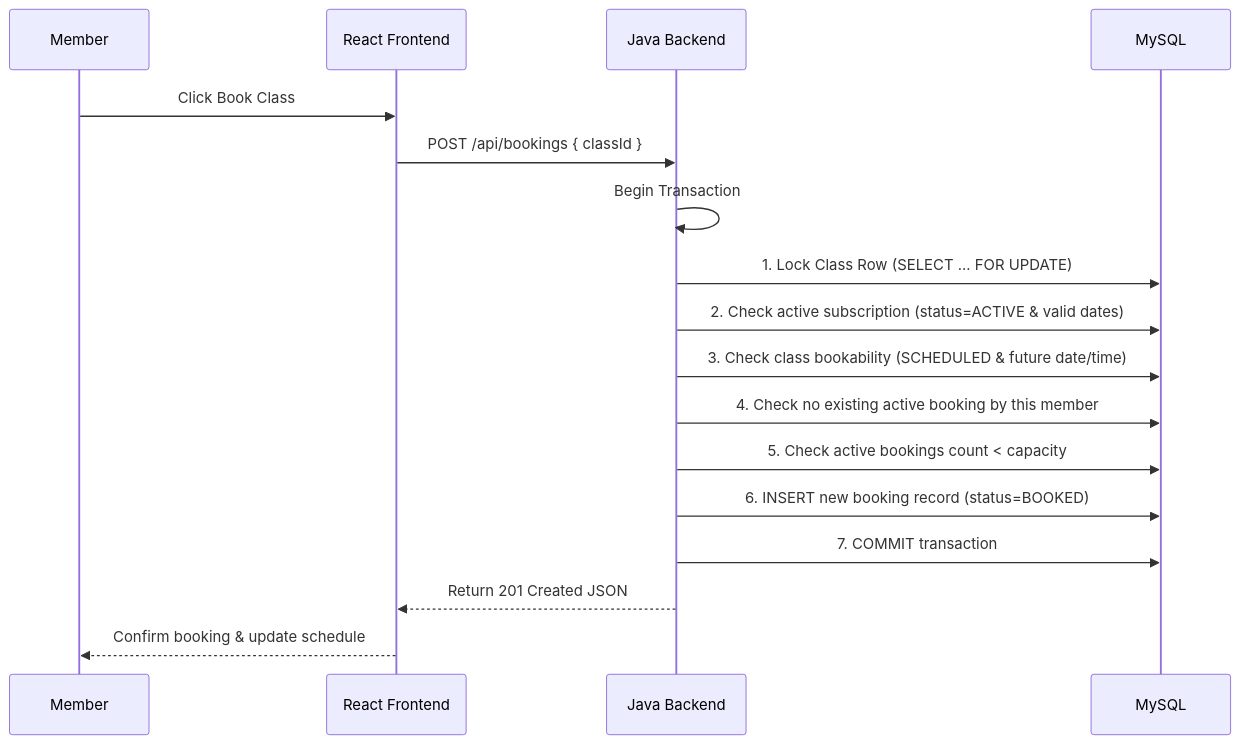
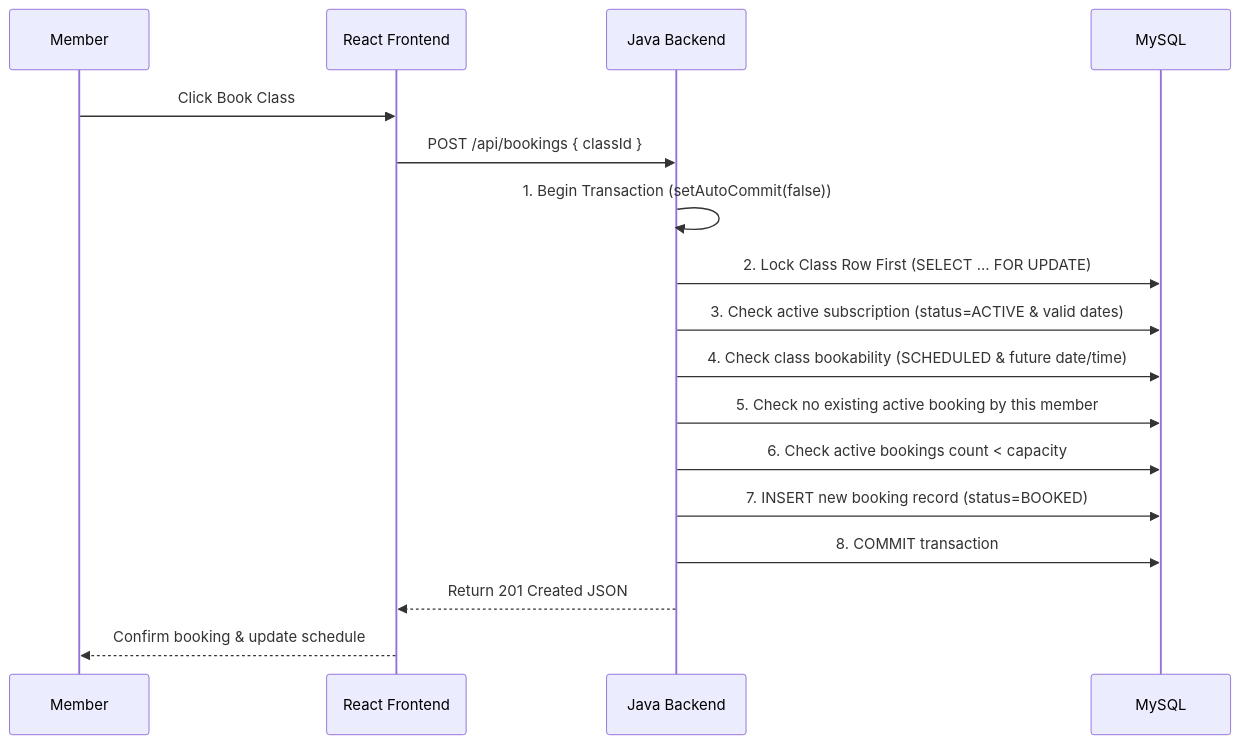
Before and after one commit to ayoubrouatbi11-collab/gym_management: the third of 3 diagrams in docs/ARCHITECTURE.md, drawn with Mermaid. The commit also changed other lines of this file and 8 other files, not shown here.

````diff
--- a/docs/ARCHITECTURE.md
+++ b/docs/ARCHITECTURE.md
@@ -412,20 +414,20 @@
 ```mermaid
 sequenceDiagram
     participant M as Member
     participant F as React Frontend
     participant B as Java Backend
     participant D as MySQL
 
     M->>F: Click Book Class
     F->>B: POST /api/bookings { classId }
-    B->>B: Begin Transaction
-    B->>D: 1. Lock Class Row (SELECT ... FOR UPDATE)
-    B->>D: 2. Check active subscription (status=ACTIVE & valid dates)
-    B->>D: 3. Check class bookability (SCHEDULED & future date/time)
-    B->>D: 4. Check no existing active booking by this member
-    B->>D: 5. Check active bookings count < capacity
-    B->>D: 6. INSERT new booking record (status=BOOKED)
-    B->>D: 7. COMMIT transaction
+    B->>B: 1. Begin Transaction (setAutoCommit(false))
+    B->>D: 2. Lock Class Row First (SELECT ... FOR UPDATE)
+    B->>D: 3. Check active subscription (status=ACTIVE & valid dates)
+    B->>D: 4. Check class bookability (SCHEDULED & future date/time)
+    B->>D: 5. Check no existing active booking by this member
+    B->>D: 6. Check active bookings count < capacity
+    B->>D: 7. INSERT new booking record (status=BOOKED)
+    B->>D: 8. COMMIT transaction
     B-->>F: Return 201 Created JSON
     F-->>M: Confirm booking & update schedule
 ```
````
